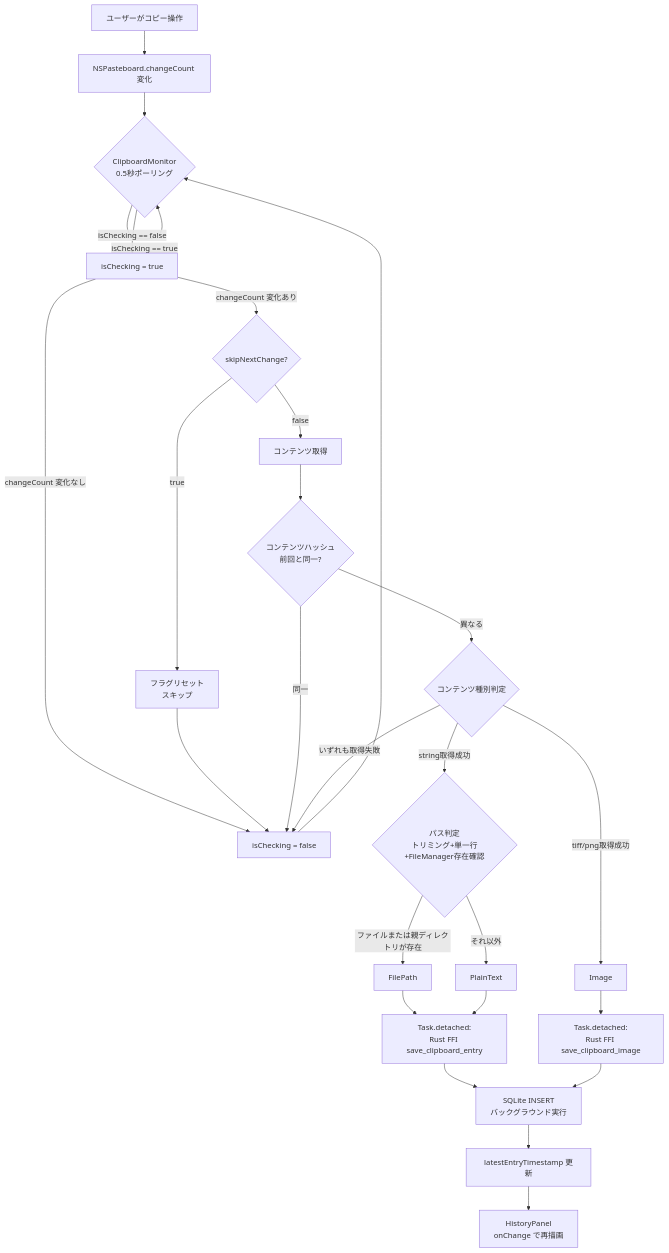
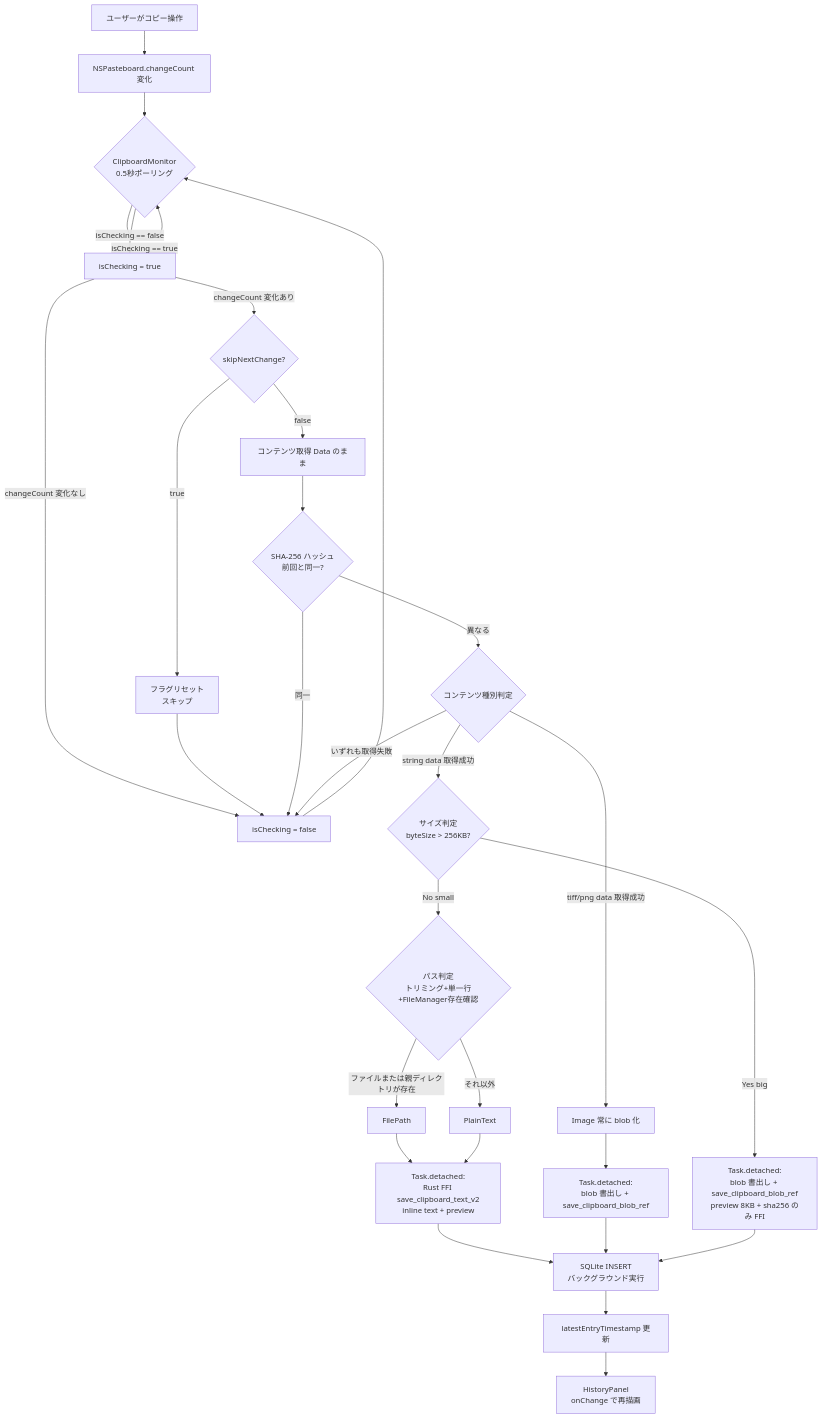
Before and after one commit to otkrickey/cb: the diagram in docs/design/flows/clipboard_flow.md, drawn with Mermaid. The commit also changed other lines of this file and 4 other files, not shown here.

````diff
--- a/docs/design/flows/clipboard_flow.md
+++ b/docs/design/flows/clipboard_flow.md
@@ -19,28 +19,31 @@
 ```mermaid
 flowchart TD
     A[ユーザーがコピー操作] --> B[NSPasteboard.changeCount 変化]
     B --> C{ClipboardMonitor<br/>0.5秒ポーリング}
     C -->|isChecking == true| C
     C -->|isChecking == false| C2[isChecking = true]
     C2 -->|changeCount 変化なし| C3[isChecking = false]
     C3 --> C
     C2 -->|changeCount 変化あり| D{skipNextChange?}
     D -->|true| E[フラグリセット<br/>スキップ]
     E --> C3
-    D -->|false| F[コンテンツ取得]
-    F --> G{コンテンツハッシュ<br/>前回と同一?}
+    D -->|false| F[コンテンツ取得 Data のまま]
+    F --> G{SHA-256 ハッシュ<br/>前回と同一?}
     G -->|同一| C3
     G -->|異なる| H{コンテンツ種別判定}
-    H -->|string取得成功| I{パス判定<br/>トリミング+単一行+FileManager存在確認}
+    H -->|string data 取得成功| S{サイズ判定<br/>byteSize > 256KB?}
+    S -->|Yes big| BIG[Task.detached:<br/>blob 書出し + save_clipboard_blob_ref<br/>preview 8KB + sha256 のみ FFI]
+    S -->|No small| I{パス判定<br/>トリミング+単一行+FileManager存在確認}
     I -->|ファイルまたは親ディレクトリが存在| J[FilePath]
     I -->|それ以外| K[PlainText]
-    H -->|tiff/png取得成功| L[Image]
+    H -->|tiff/png data 取得成功| L[Image 常に blob 化]
     H -->|いずれも取得失敗| C3
-    J --> M[Task.detached:<br/>Rust FFI save_clipboard_entry]
+    J --> M[Task.detached:<br/>Rust FFI save_clipboard_text_v2<br/>inline text + preview]
     K --> M
-    L --> N[Task.detached:<br/>Rust FFI save_clipboard_image]
+    L --> N[Task.detached:<br/>blob 書出し + save_clipboard_blob_ref]
     M --> O[SQLite INSERT<br/>バックグラウンド実行]
     N --> O
+    BIG --> O
     O --> P[latestEntryTimestamp 更新]
     P --> Q[HistoryPanel<br/>onChange で再描画]
 ```
````
